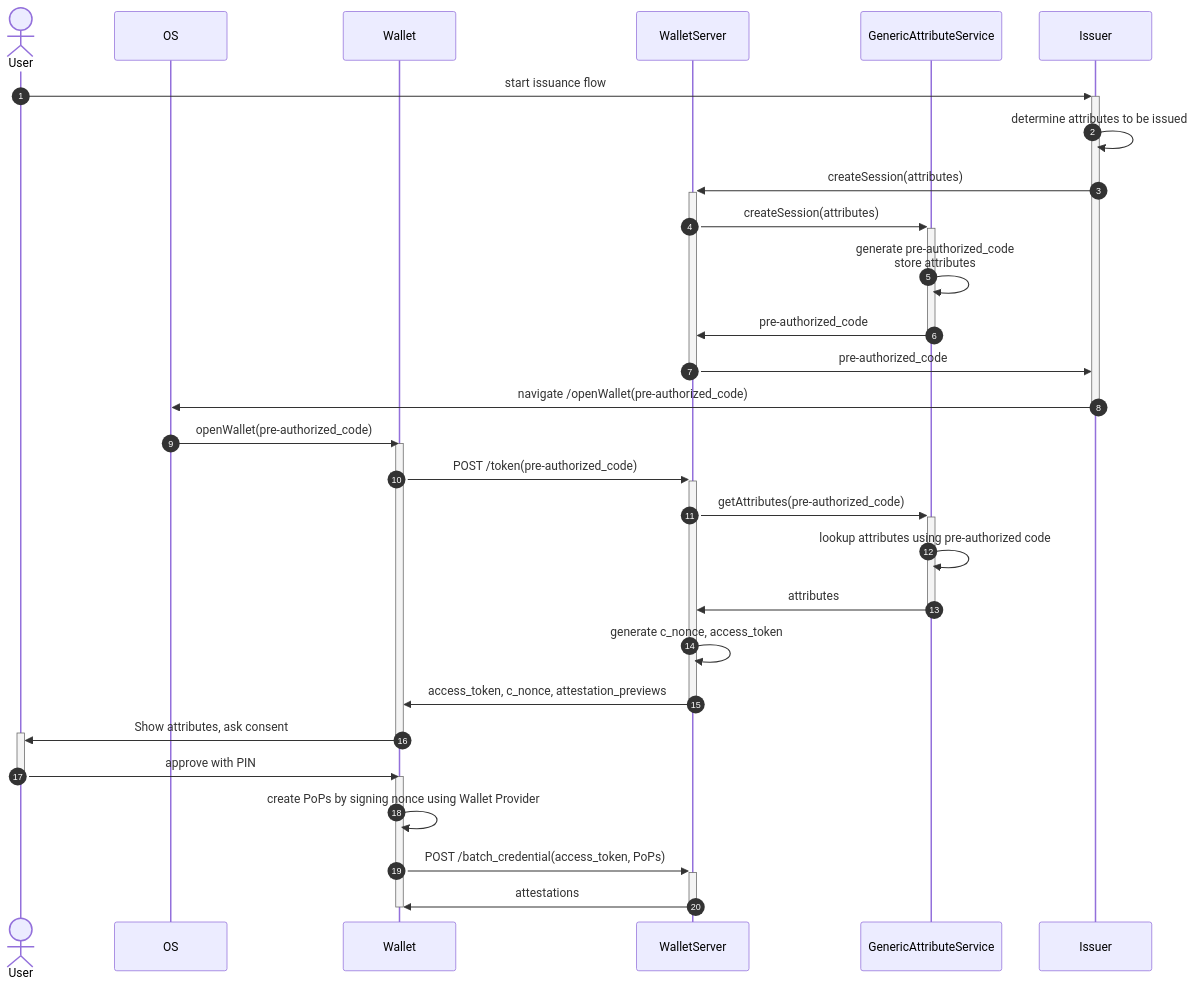
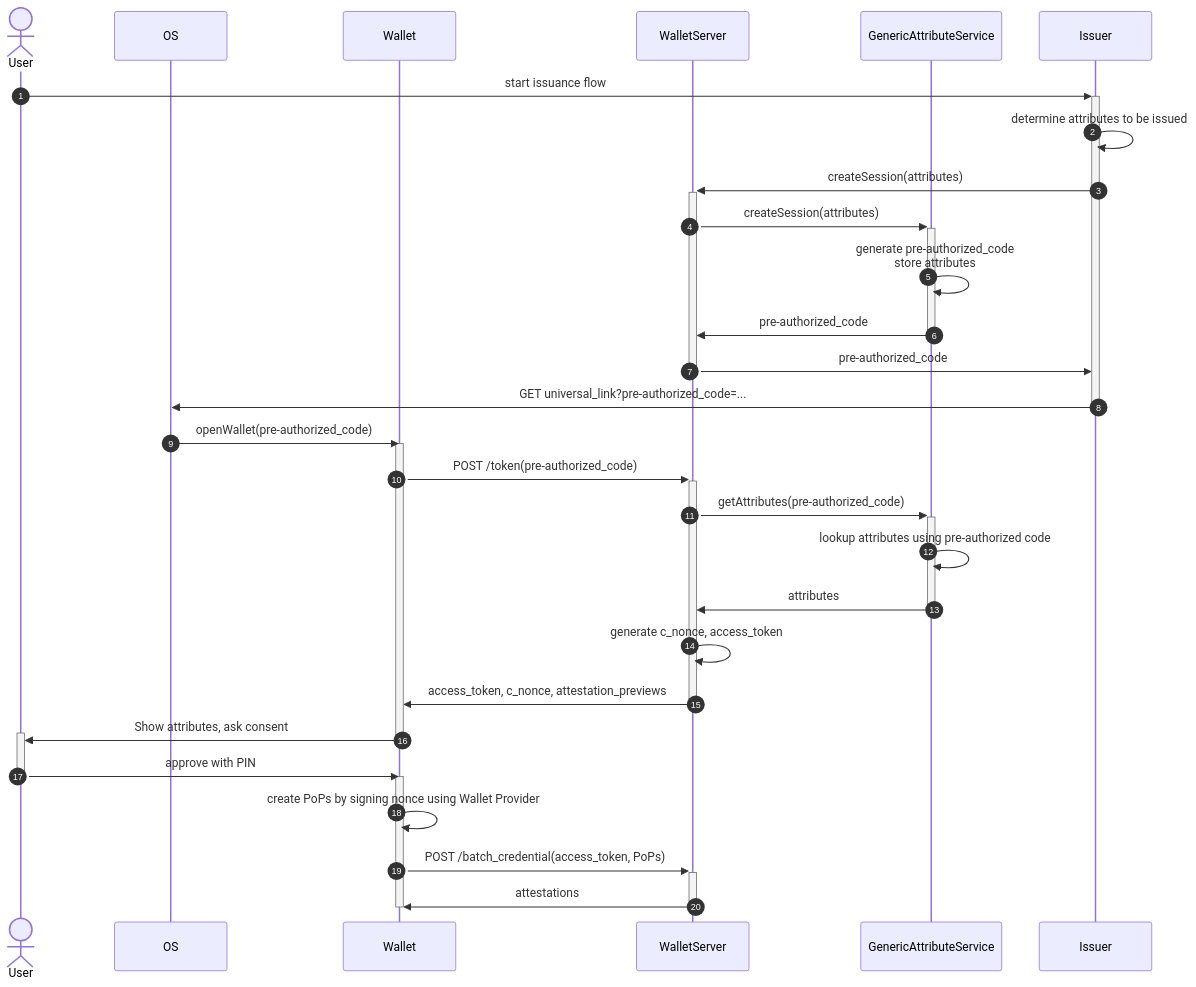
One commit to MinBZK/nl-wallet changed the second of 2 diagrams in documentation/flows/openid.md. Above: the diagram before and after it, drawn with Mermaid. The commit also changed other lines of this file, not shown here.

Commit message:
Improve OpenID4VCI documentation about OIDC with rdo-max

````diff
--- a/documentation/flows/openid.md
+++ b/documentation/flows/openid.md
@@ -64,36 +70,36 @@
 ```mermaid
 sequenceDiagram
     autonumber
 
     actor User
     participant OS
     participant Wallet
     participant WalletServer
     participant GenericAttributeService
     participant Issuer
 
     User->>+Issuer: start issuance flow
     Issuer->>Issuer: determine attributes to be issued
     Issuer->>+WalletServer: createSession(attributes)
     WalletServer->>+GenericAttributeService: createSession(attributes)
     GenericAttributeService->>GenericAttributeService: generate pre-authorized_code<br/>store attributes
     GenericAttributeService->>-WalletServer: pre-authorized_code
     WalletServer->>-Issuer: pre-authorized_code
-    Issuer->>-OS: navigate /openWallet(pre-authorized_code)
+    Issuer->>-OS: GET universal_link?pre-authorized_code=...
     OS->>Wallet: openWallet(pre-authorized_code)
     activate Wallet
         Wallet->>+WalletServer: POST /token(pre-authorized_code)
         WalletServer->>+GenericAttributeService: getAttributes(pre-authorized_code)
         GenericAttributeService->>GenericAttributeService: lookup attributes using pre-authorized code
         GenericAttributeService->>-WalletServer: attributes
         WalletServer->>WalletServer: generate c_nonce, access_token
         WalletServer->>-Wallet: access_token, c_nonce, attestation_previews
         Wallet->>+User: Show attributes, ask consent
     deactivate Wallet
     User->>-Wallet: approve with PIN
     activate Wallet
         Wallet->>Wallet: create PoPs by signing nonce using Wallet Provider
     Wallet->>+WalletServer: POST /batch_credential(access_token, PoPs)
     WalletServer->>-Wallet: attestations
     deactivate Wallet
 ```
````
